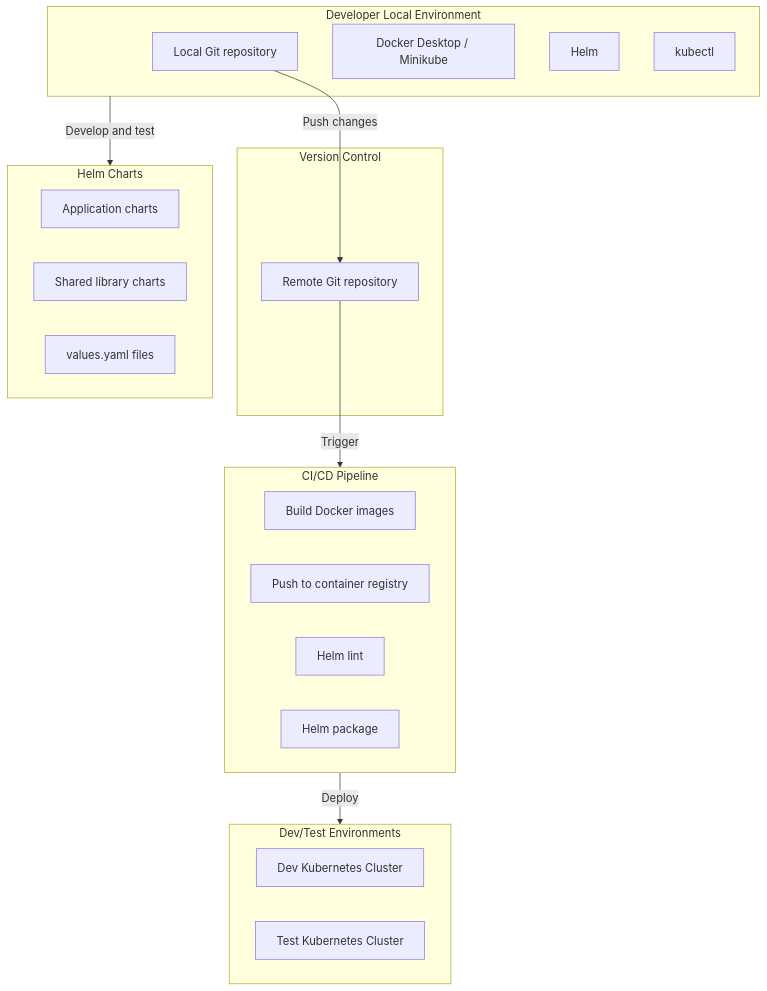
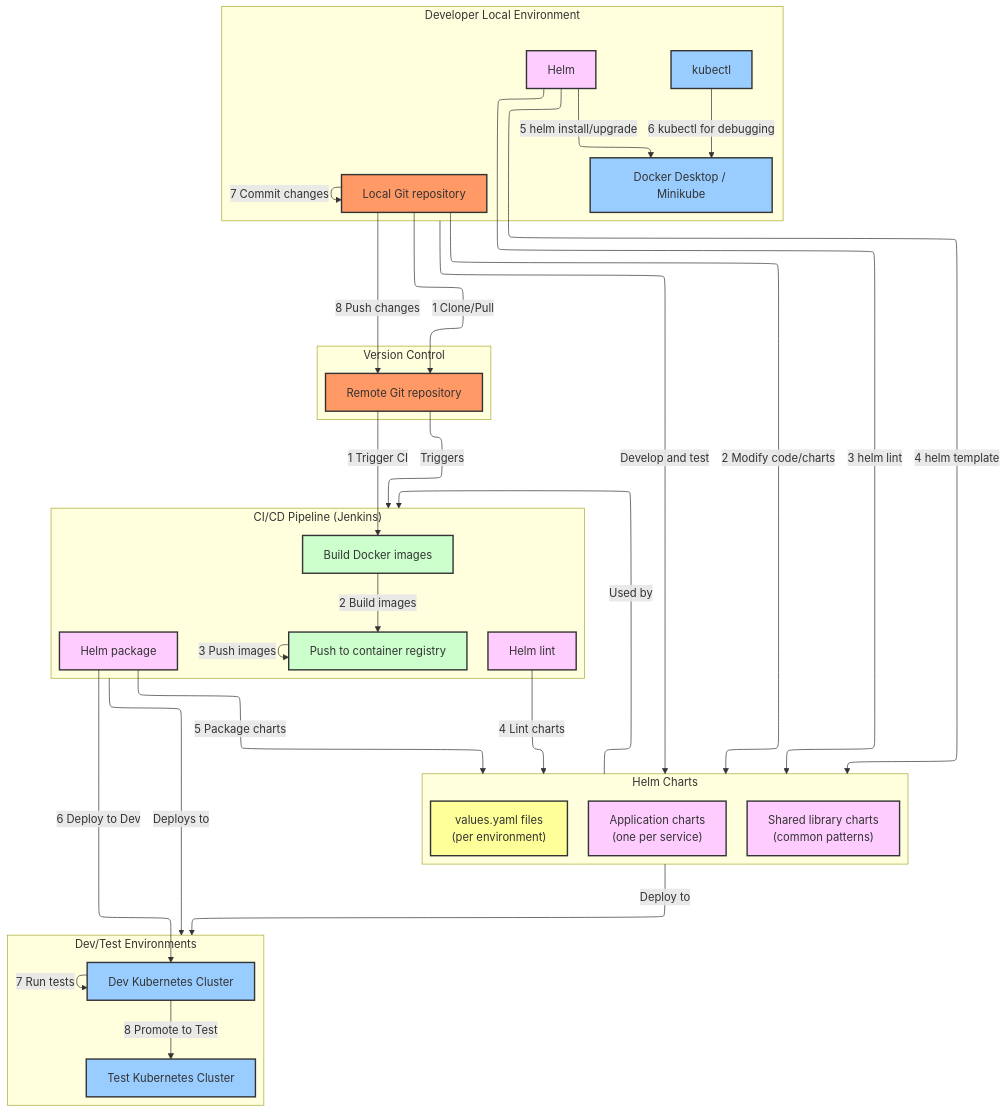
One commit to carlosmsanchezm/prep changed the second of 3 diagrams in architecture/ibm-migration-answers.md. Above: the diagram before and after it, drawn with Mermaid. The commit also changed other lines of this file and 1 other file, not shown here.

First line of the commit message:
Fix IBM migration diagrams: proper relationships, Docker Compose/Swarm before-state, Compose-to-K8s bridge

````diff
--- a/architecture/ibm-migration-answers.md
+++ b/architecture/ibm-migration-answers.md
@@ -88,31 +173,68 @@
 ```mermaid
-graph TD
-subgraph Developer_Local_Environment [Developer Local Environment]
-    A1[Local Git repository]:::git
-    A2[Docker Desktop / Minikube]:::k8s
-    A3[Helm]:::helm
-    A4[kubectl]:::k8s
-end
-subgraph Version_Control [Version Control]
-    B1[Remote Git repository]:::git
-end
-subgraph CI_CD_Pipeline [CI/CD Pipeline]
-    C1[Build Docker images]:::docker
-    C2[Push to container registry]:::docker
-    C3[Helm lint]:::helm
-    C4[Helm package]:::helm
-end
-subgraph Dev_Test_Environments [Dev/Test Environments]
-    D1[Dev Kubernetes Cluster]:::k8s
-    D2[Test Kubernetes Cluster]:::k8s
-end
-subgraph Helm_Charts [Helm Charts]
-    E1[Application charts]:::helm
-    E2[Shared library charts]:::helm
-    E3[values.yaml files]:::values
-end
-A1 -->|Push changes| B1
-B1 -->|Trigger| CI_CD_Pipeline
-CI_CD_Pipeline -->|Deploy| Dev_Test_Environments
-Developer_Local_Environment -->|Develop and test| Helm_Charts
+---
+config:
+  layout: elk
+---
+flowchart TB
+    subgraph Developer_Local_Environment["Developer Local Environment"]
+        A1["Local Git repository"]:::git
+        A2["Docker Desktop / Minikube"]:::k8s
+        A3["Helm"]:::helm
+        A4["kubectl"]:::k8s
+    end
+
+    subgraph Version_Control["Version Control"]
+        B1["Remote Git repository"]:::git
+    end
+
+    subgraph CI_CD_Pipeline["CI/CD Pipeline (Jenkins)"]
+        C1["Build Docker images"]:::docker
+        C2["Push to container registry"]:::docker
+        C3["Helm lint"]:::helm
+        C4["Helm package"]:::helm
+    end
+
+    subgraph Dev_Test_Environments["Dev/Test Environments"]
+        D1["Dev Kubernetes Cluster"]:::k8s
+        D2["Test Kubernetes Cluster"]:::k8s
+    end
+
+    subgraph Helm_Charts["Helm Charts"]
+        E1["Application charts<br/>(one per service)"]:::helm
+        E2["Shared library charts<br/>(common patterns)"]:::helm
+        E3["values.yaml files<br/>(per environment)"]:::values
+    end
+
+    %% Developer workflow (numbered steps)
+    A1 -- "1 Clone/Pull" --> B1
+    A1 -- "2 Modify code/charts" --> Helm_Charts
+    A3 -- "3 helm lint" --> Helm_Charts
+    A3 -- "4 helm template" --> Helm_Charts
+    A3 -- "5 helm install/upgrade" --> A2
+    A4 -- "6 kubectl for debugging" --> A2
+    A1 -- "7 Commit changes" --> A1
+    A1 -- "8 Push changes" --> B1
+
+    %% CI/CD workflow (numbered steps)
+    B1 -- "1 Trigger CI" --> C1
+    C1 -- "2 Build images" --> C2
+    C2 -- "3 Push images" --> C2
+    C3 -- "4 Lint charts" --> Helm_Charts
+    C4 -- "5 Package charts" --> Helm_Charts
+    C4 -- "6 Deploy to Dev" --> D1
+    D1 -- "7 Run tests" --> D1
+    D1 -- "8 Promote to Test" --> D2
+
+    %% High-level relationships
+    Developer_Local_Environment -- "Develop and test" --> Helm_Charts
+    Helm_Charts -- "Used by" --> CI_CD_Pipeline
+    Helm_Charts -- "Deploy to" --> Dev_Test_Environments
+    B1 -- "Triggers" --> CI_CD_Pipeline
+    CI_CD_Pipeline -- "Deploys to" --> Dev_Test_Environments
+
+    classDef git fill:#f96,stroke:#333,stroke-width:2px
+    classDef k8s fill:#9cf,stroke:#333,stroke-width:2px
+    classDef helm fill:#fcf,stroke:#333,stroke-width:2px
+    classDef docker fill:#cfc,stroke:#333,stroke-width:2px
+    classDef values fill:#ff9,stroke:#333,stroke-width:2px
 ```
````
